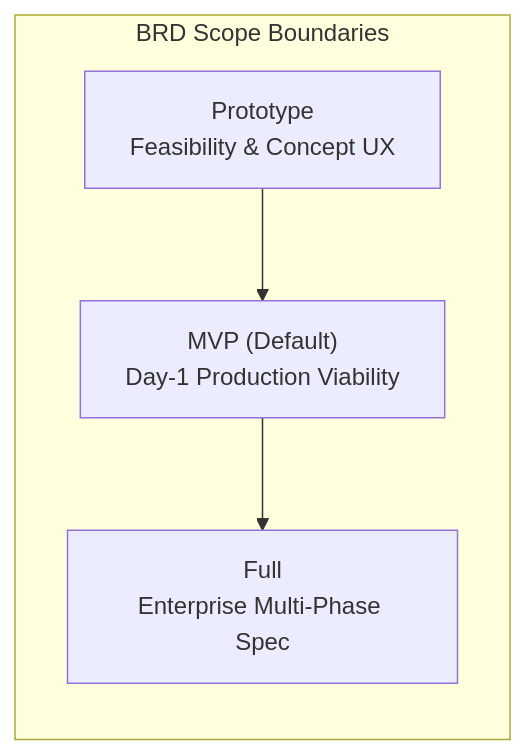
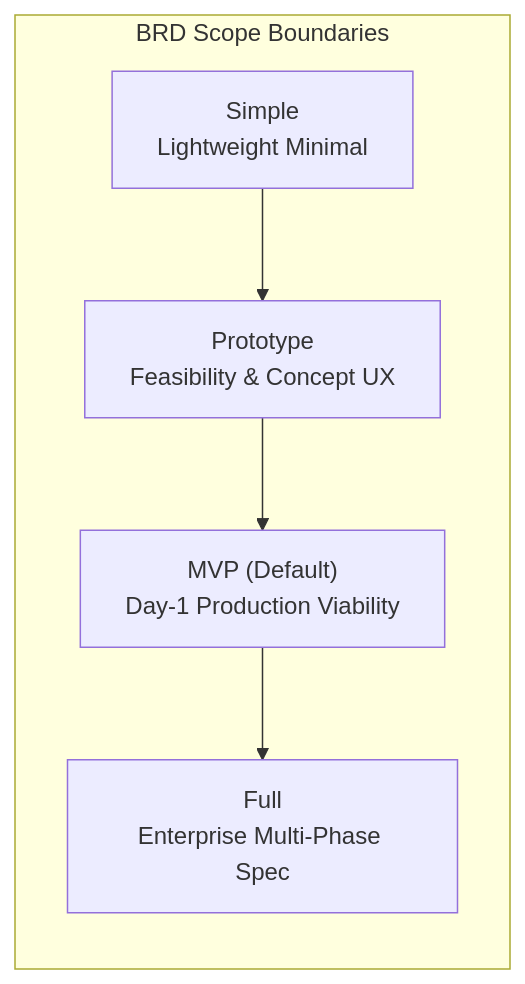
One commit to srikanthkakumanu/skills-catalog changed the first of 4 diagrams in skills/brd/README.md. Above: the diagram before and after it, drawn with Mermaid. The commit also changed other lines of this file and 6 other files, not shown here.

````diff
--- a/skills/brd/README.md
+++ b/skills/brd/README.md
@@ -87,10 +88,12 @@
 ```mermaid
 flowchart LR
     subgraph Scopes["BRD Scope Boundaries"]
+        S["Simple<br>Lightweight Minimal"]
         P["Prototype<br>Feasibility & Concept UX"]
         M["MVP (Default)<br>Day-1 Production Viability"]
         F["Full<br>Enterprise Multi-Phase Spec"]
     end
+    S --> P
     P --> M
     M --> F
 ```
````
